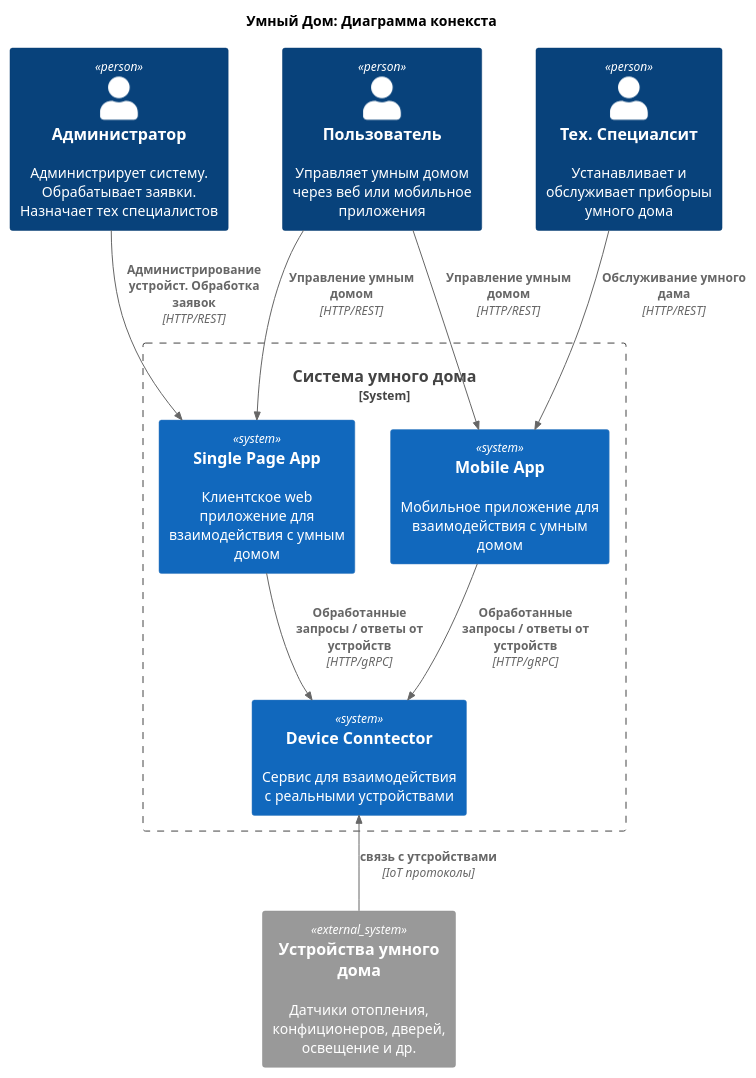
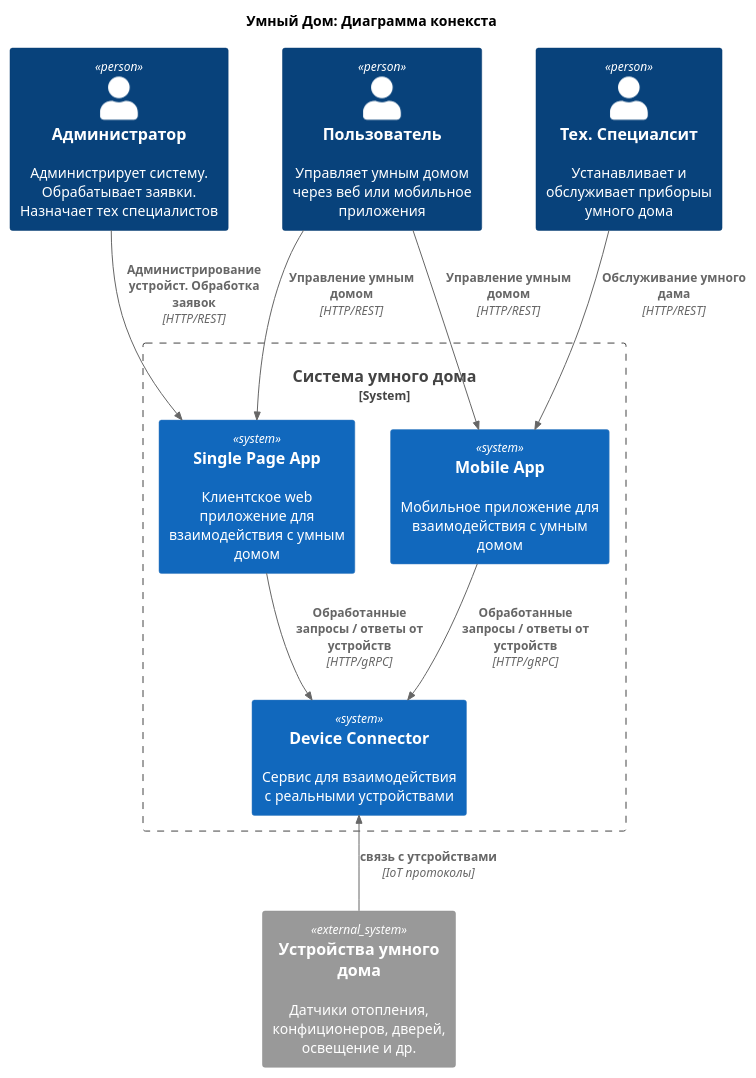
One commit to gushinyakov/architecture-sprint-3 changed the diagram in docs/diagram/asis_context.puml. Above: the diagram before and after it, drawn with PlantUML.

Commit message:
Исправил замечания по схемам

```diff
--- a/docs/diagram/asis_context.puml
+++ b/docs/diagram/asis_context.puml
@@ -1,33 +1,33 @@
 @startuml
 !include https://raw.githubusercontent.com/plantuml-stdlib/C4-PlantUML/master/C4_Context.puml
 
 title "Умный Дом: Диаграмма конекста"
 
 Person(user, "Пользователь", "Управляет умным домом через веб или мобильное приложения")
 Person(admin, "Администратор", "Администрирует систему. Обрабатывает заявки. Назначает тех специалистов")
 Person(tech, "Тех. Специалсит", "Устанавливает и обслуживает приборыы умного дома")
 
 System_Boundary("SmartHomeSystem", "Система умного дома") {
     System(web, "Single Page App", "Клиентское web приложение для взаимодействия с умным домом")
     System(mobile, "Mobile App", "Мобильное приложение для взаимодействия с умным домом")
-    System(deviceConnector, "Device Conntector", "Сервис для взаимодействия с реальными устройствами")
+    System(deviceConnector, "Device Connector", "Сервис для взаимодействия с реальными устройствами")
 }
 
 System_Ext(devices, "Устройства умного дома", "Датчики отопления, конфиционеров, дверей, освещение и др.")
 
 ' Взимодействие пользователей с приложением
 Rel_Down(user, web, "Управление умным домом", "HTTP/REST")
 Rel_Down(user, mobile, "Управление умным домом", "HTTP/REST")
 Rel_Down(admin, web, "Администрирование устройст. Обработка заявок", "HTTP/REST")
 Rel_Down(tech, mobile, "Обслуживание умного дама", "HTTP/REST")
 
 ' Взимодействие серивисов с устройствами
 Rel_Down(web, deviceConnector, "Обработанные запросы / ответы от устройств", "HTTP/gRPC")
 Rel_Down(mobile, deviceConnector, "Обработанные запросы / ответы от устройств", "HTTP/gRPC")
 
 
 ' Взимодействие приборов с сервисами
 Rel_Up(devices, deviceConnector, "связь с утсройствами", "IoT протоколы")
 
 
 @enduml
```
